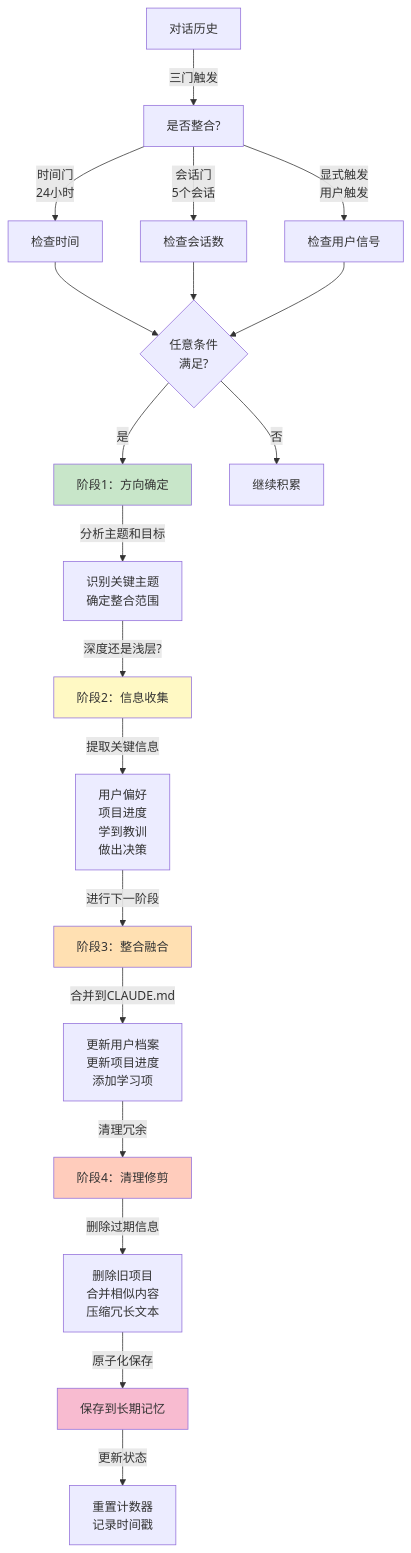
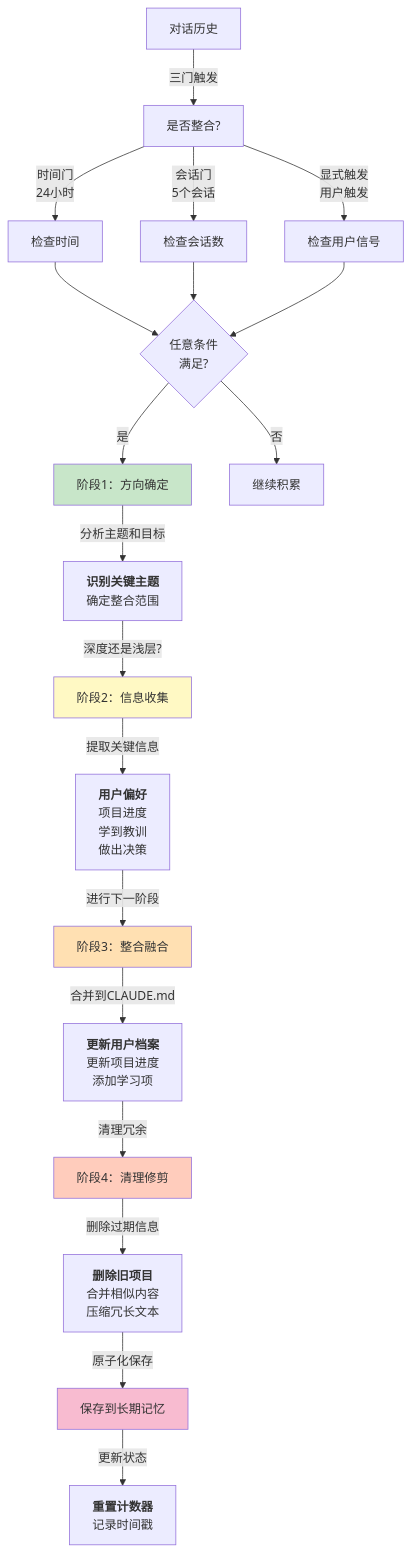
Before and after one commit to yeasy/harness_engineering_guide: the diagram in 06_memory/6.4_memory_consolidation.md, drawn with Mermaid. The commit also changed 26 other files, not shown here.

Commit message:
Add bold titles to Mermaid diagram nodes

````diff
--- a/06_memory/6.4_memory_consolidation.md
+++ b/06_memory/6.4_memory_consolidation.md
@@ -213,34 +213,34 @@
 ```mermaid
 graph TD
     A["对话历史"] -->|三门触发| B["是否整合?"]
     B -->|时间门<br/>24小时| C["检查时间"]
     B -->|会话门<br/>5个会话| D["检查会话数"]
     B -->|显式触发<br/>用户触发| E["检查用户信号"]
 
     C --> F{任意条件<br/>满足?}
     D --> F
     E --> F
 
     F -->|是| G["阶段1：方向确定"]
     F -->|否| H["继续积累"]
 
-    G -->|分析主题和目标| I["识别关键主题<br/>确定整合范围"]
+    G -->|分析主题和目标| I["<b>识别关键主题</b><br/>确定整合范围"]
     I -->|深度还是浅层?| J["阶段2：信息收集"]
 
-    J -->|提取关键信息| K["用户偏好<br/>项目进度<br/>学到教训<br/>做出决策"]
+    J -->|提取关键信息| K["<b>用户偏好</b><br/>项目进度<br/>学到教训<br/>做出决策"]
 
     K -->|进行下一阶段| L["阶段3：整合融合"]
-    L -->|合并到CLAUDE.md| M["更新用户档案<br/>更新项目进度<br/>添加学习项"]
+    L -->|合并到CLAUDE.md| M["<b>更新用户档案</b><br/>更新项目进度<br/>添加学习项"]
 
     M -->|清理冗余| N["阶段4：清理修剪"]
-    N -->|删除过期信息| O["删除旧项目<br/>合并相似内容<br/>压缩冗长文本"]
+    N -->|删除过期信息| O["<b>删除旧项目</b><br/>合并相似内容<br/>压缩冗长文本"]
 
     O -->|原子化保存| P["保存到长期记忆"]
-    P -->|更新状态| Q["重置计数器<br/>记录时间戳"]
+    P -->|更新状态| Q["<b>重置计数器</b><br/>记录时间戳"]
 
     style G fill:#c8e6c9
     style J fill:#fff9c4
     style L fill:#ffe0b2
     style N fill:#ffccbc
     style P fill:#f8bbd0
 ```
````
